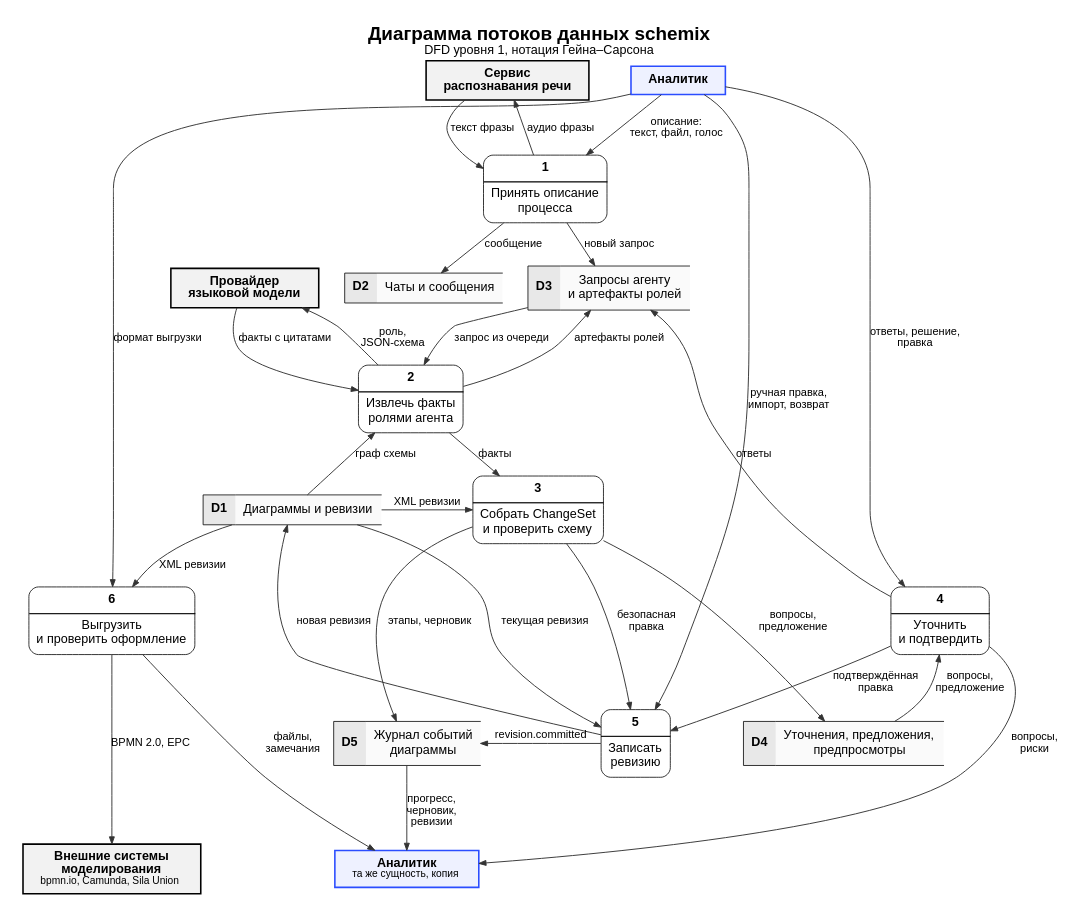
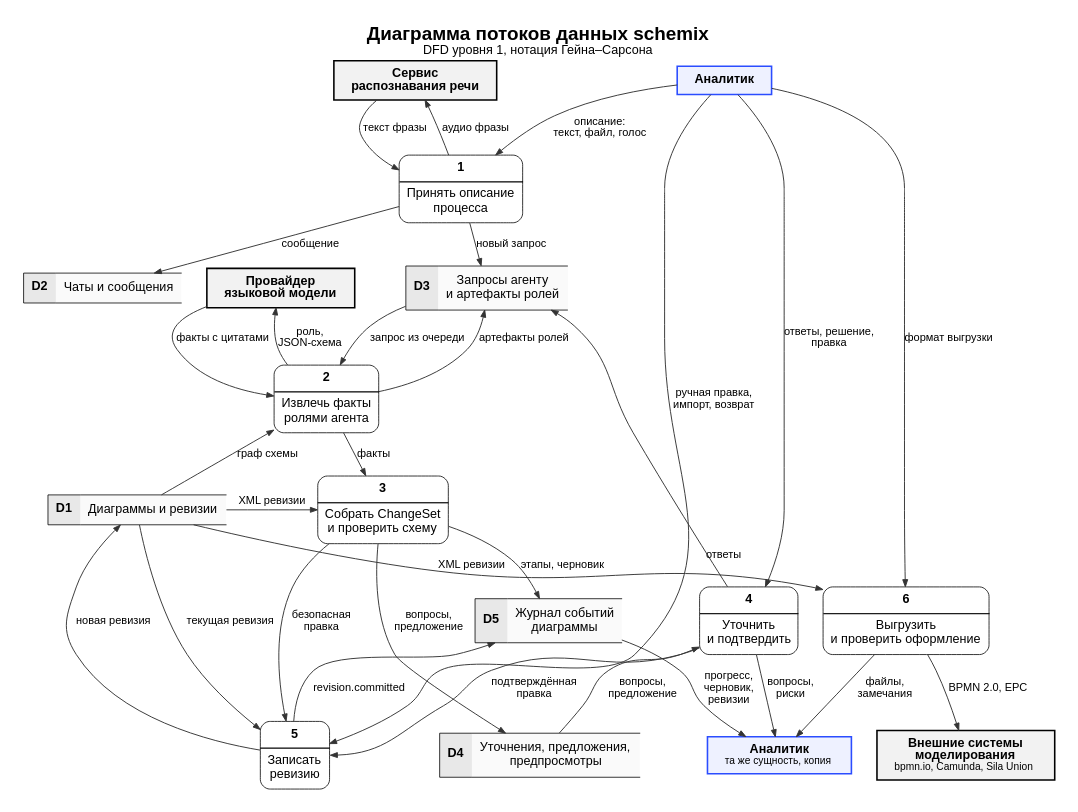
Before and after one commit to ivanGMAI/it-project: the diagram in diagrams/src/04-dfd.dot, drawn with Graphviz. The commit also changed 18 other files, not shown here.

First line of the commit message:
Убрать наложения на диаграммах, добавить проверку

```diff
--- a/diagrams/src/04-dfd.dot
+++ b/diagrams/src/04-dfd.dot
@@ -1,93 +1,93 @@
 // engine: dot
 // DFD уровня 1 (нотация Гейна–Сарсона): процесс 0 контекстной диаграммы разложен на шесть
 // процессов. Скруглённый прямоугольник с номером — процесс, прямоугольник с ячейкой D — хранилище,
 // прямоугольник с тенью — внешняя сущность, стрелка — поток данных.
 digraph dfd {
   graph [rankdir=TB, fontname="Arial", fontsize=24, bgcolor="white", pad=0.3,
          nodesep=0.45, ranksep=0.55, splines=spline, newrank=true,
          label=<<B>Диаграмма потоков данных schemix</B><BR/><FONT POINT-SIZE="16">DFD уровня 1, нотация Гейна–Сарсона</FONT>>,
          labelloc=t]
   node  [fontname="Arial", fontsize=16]
   edge  [fontname="Arial", fontsize=14, color="#333333", arrowsize=0.9, penwidth=1.2]
 
   // ---------- внешние сущности ----------
   node [shape=box, style="filled,bold", fillcolor="#f2f2f2", margin="0.3,0.12"]
   analyst  [fillcolor="#eef1ff", color="#2b4dff", label=<<B>Аналитик</B>>]
   analyst2 [fillcolor="#eef1ff", color="#2b4dff", label=<<B>Аналитик</B><BR/><FONT POINT-SIZE="13">та же сущность, копия</FONT>>]
   stt      [label=<<B>Сервис<BR/>распознавания речи</B>>]
   llm      [label=<<B>Провайдер<BR/>языковой модели</B>>]
   ext      [label=<<B>Внешние системы<BR/>моделирования</B><BR/><FONT POINT-SIZE="13">bpmn.io, Camunda, Sila Union</FONT>>]
 
   // ---------- процессы ----------
   node [shape=plain, style="", margin=0]
   p1 [label=<<TABLE STYLE="ROUNDED" BORDER="1.5" CELLBORDER="0" CELLPADDING="6" BGCOLOR="white">
       <TR><TD><B>1</B></TD></TR><HR/><TR><TD>Принять описание<BR/>процесса</TD></TR></TABLE>>]
   p2 [label=<<TABLE STYLE="ROUNDED" BORDER="1.5" CELLBORDER="0" CELLPADDING="6" BGCOLOR="white">
       <TR><TD><B>2</B></TD></TR><HR/><TR><TD>Извлечь факты<BR/>ролями агента</TD></TR></TABLE>>]
   p3 [label=<<TABLE STYLE="ROUNDED" BORDER="1.5" CELLBORDER="0" CELLPADDING="6" BGCOLOR="white">
       <TR><TD><B>3</B></TD></TR><HR/><TR><TD>Собрать ChangeSet<BR/>и проверить схему</TD></TR></TABLE>>]
   p4 [label=<<TABLE STYLE="ROUNDED" BORDER="1.5" CELLBORDER="0" CELLPADDING="6" BGCOLOR="white">
       <TR><TD><B>4</B></TD></TR><HR/><TR><TD>Уточнить<BR/>и подтвердить</TD></TR></TABLE>>]
   p5 [label=<<TABLE STYLE="ROUNDED" BORDER="1.5" CELLBORDER="0" CELLPADDING="6" BGCOLOR="white">
       <TR><TD><B>5</B></TD></TR><HR/><TR><TD>Записать<BR/>ревизию</TD></TR></TABLE>>]
   p6 [label=<<TABLE STYLE="ROUNDED" BORDER="1.5" CELLBORDER="0" CELLPADDING="6" BGCOLOR="white">
       <TR><TD><B>6</B></TD></TR><HR/><TR><TD>Выгрузить<BR/>и проверить оформление</TD></TR></TABLE>>]
 
   // ---------- хранилища ----------
   d1 [label=<<TABLE BORDER="0" CELLBORDER="1" CELLSPACING="0" CELLPADDING="9" BGCOLOR="#fafafa">
       <TR><TD SIDES="TBL" BGCOLOR="#e8e8e8"><B>D1</B></TD><TD SIDES="TB">Диаграммы и ревизии</TD></TR></TABLE>>]
   d2 [label=<<TABLE BORDER="0" CELLBORDER="1" CELLSPACING="0" CELLPADDING="9" BGCOLOR="#fafafa">
       <TR><TD SIDES="TBL" BGCOLOR="#e8e8e8"><B>D2</B></TD><TD SIDES="TB">Чаты и сообщения</TD></TR></TABLE>>]
   d3 [label=<<TABLE BORDER="0" CELLBORDER="1" CELLSPACING="0" CELLPADDING="9" BGCOLOR="#fafafa">
       <TR><TD SIDES="TBL" BGCOLOR="#e8e8e8"><B>D3</B></TD><TD SIDES="TB">Запросы агенту<BR/>и артефакты ролей</TD></TR></TABLE>>]
   d4 [label=<<TABLE BORDER="0" CELLBORDER="1" CELLSPACING="0" CELLPADDING="9" BGCOLOR="#fafafa">
       <TR><TD SIDES="TBL" BGCOLOR="#e8e8e8"><B>D4</B></TD><TD SIDES="TB">Уточнения, предложения,<BR/>предпросмотры</TD></TR></TABLE>>]
   d5 [label=<<TABLE BORDER="0" CELLBORDER="1" CELLSPACING="0" CELLPADDING="9" BGCOLOR="#fafafa">
       <TR><TD SIDES="TBL" BGCOLOR="#e8e8e8"><B>D5</B></TD><TD SIDES="TB">Журнал событий<BR/>диаграммы</TD></TR></TABLE>>]
 
   // ---------- строки раскладки ----------
   { rank=same; analyst; stt }
   { rank=same; p1 }
   { rank=same; d2; d3; llm }
   { rank=same; p2 }
   { rank=same; p3; d1 }
-  { rank=same; d4; p5; d5 }
-  { rank=same; p4; p6 }
+  { rank=same; d4; p5 }
+  { rank=same; p4; p6; d5 }
   { rank=same; analyst2; ext }
 
   // ---------- потоки ----------
   analyst -> p1 [label="описание:\nтекст, файл, голос"]
   p1 -> stt     [label="аудио фразы"]
   stt -> p1     [label="текст фразы"]
   p1 -> d2      [label="сообщение"]
   p1 -> d3      [label="новый запрос"]
 
   d3 -> p2      [label="запрос из очереди"]
   d1 -> p2      [label="граф схемы"]
   p2 -> llm     [label="роль,\nJSON-схема"]
   llm -> p2     [label="факты с цитатами"]
   p2 -> d3      [label="артефакты ролей"]
   p2 -> p3      [label="факты"]
 
   d1 -> p3      [label="XML ревизии"]
   p3 -> d5      [label="этапы, черновик"]
   p3 -> d4      [label="вопросы,\nпредложение"]
   p3 -> p5      [label="безопасная\nправка"]
 
   d4 -> p4      [label="вопросы,\nпредложение"]
   p4 -> analyst2 [label="вопросы,\nриски"]
   analyst -> p4 [label="ответы, решение,\nправка"]
-  p4 -> d3      [label="ответы"]
-  p4 -> p5      [label="подтверждённая\nправка"]
+  p4 -> d3      [taillabel="ответы", labeldistance=4, labelangle=-25]
+  p4 -> p5:e    [label="подтверждённая\nправка"]
 
   analyst -> p5 [label="ручная правка,\nимпорт, возврат"]
   d1 -> p5      [label="текущая ревизия"]
   p5 -> d1      [label="новая ревизия"]
   p5 -> d5      [label="revision.committed"]
   d5 -> analyst2 [label="прогресс,\nчерновик,\nревизии"]
 
   analyst -> p6 [label="формат выгрузки"]
   d1 -> p6      [label="XML ревизии"]
   p6 -> analyst2 [label="файлы,\nзамечания"]
   p6 -> ext     [label="BPMN 2.0, EPC"]
 }
```
